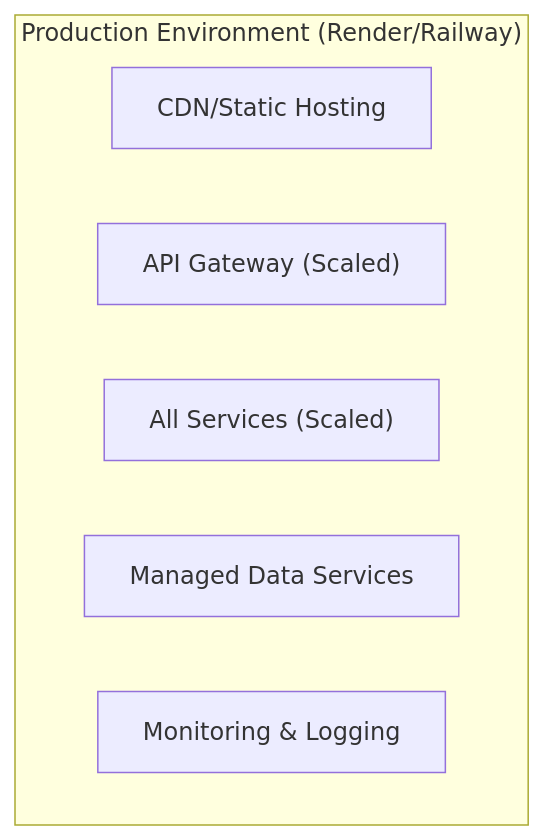
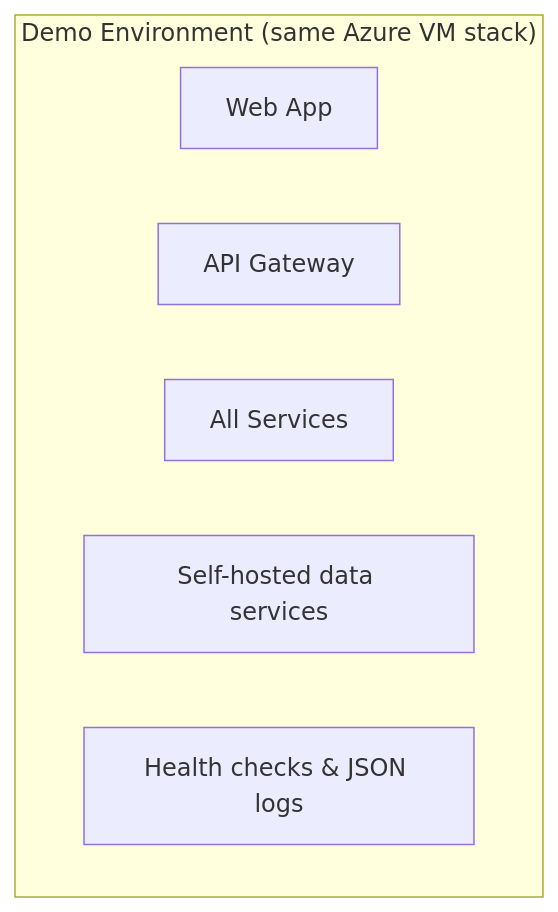
The seventh of 11 diagrams in docs/srs/en/8-system-architecture.md (dut-pbl6-2026/job-platform-docs), drawn with Mermaid before and after one commit. The commit also changed other lines of this file and 20 other files, not shown here.

First line of the commit message:
docs(srs): sync Azure deploy target, health/logging, RBAC, CI (PBL6-44/49/50/51) (#9)

````diff
--- a/docs/srs/en/8-system-architecture.md
+++ b/docs/srs/en/8-system-architecture.md
@@ -390,10 +388,10 @@
 ```mermaid
 flowchart TB
-    subgraph Production["Production Environment (Render/Railway)"]
-        CDN["CDN/Static Hosting"]
-        Gateway["API Gateway (Scaled)"]
-        Services["All Services (Scaled)"]
-        Data["Managed Data Services"]
-        Monitor["Monitoring & Logging"]
+    subgraph Production["Demo Environment (same Azure VM stack)"]
+        Web["Web App"]
+        Gateway["API Gateway"]
+        Services["All Services"]
+        Data["Self-hosted data services"]
+        Monitor["Health checks & JSON logs"]
     end
 ```
````
